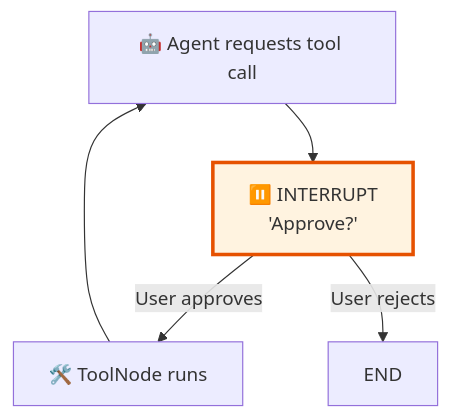
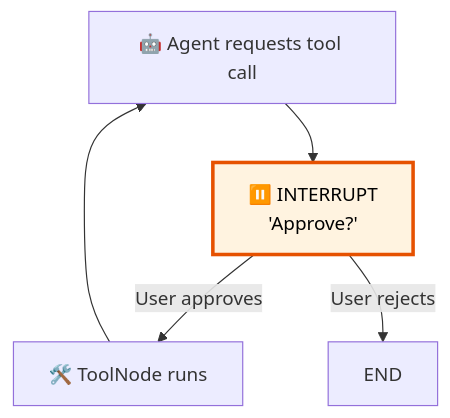
The diagram in 28_human_in_loop_langgraph/README.md (remolaan/Agentic-AI-Cookbook), drawn with Mermaid before and after one commit. The commit also changed 45 other files, not shown here.

Commit message:
Fix Mermaid diagram text colors for readability across all READMEs

````diff
--- a/28_human_in_loop_langgraph/README.md
+++ b/28_human_in_loop_langgraph/README.md
@@ -7,8 +7,8 @@
 ```mermaid
 flowchart TD
     A["🤖 Agent requests tool call"] --> I["⏸️ INTERRUPT<br/>'Approve?'"]
     I -->|"User approves"| T["🛠️ ToolNode runs"]
     I -->|"User rejects"| E["END"]
     T --> A
-    style I fill:#fff3e0,stroke:#e65100,stroke-width:3px
+    style I fill:#fff3e0,stroke:#e65100,stroke-width:3px,color:#000000
 ```
````
